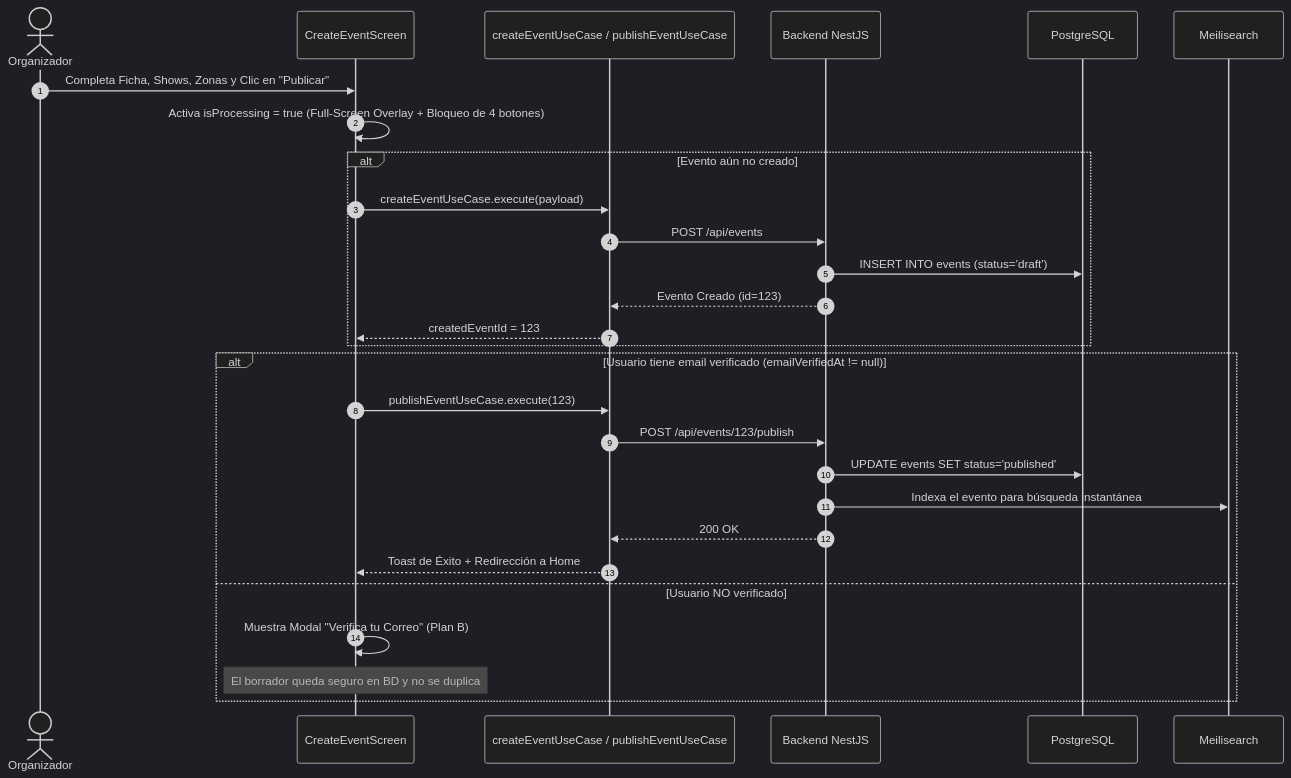
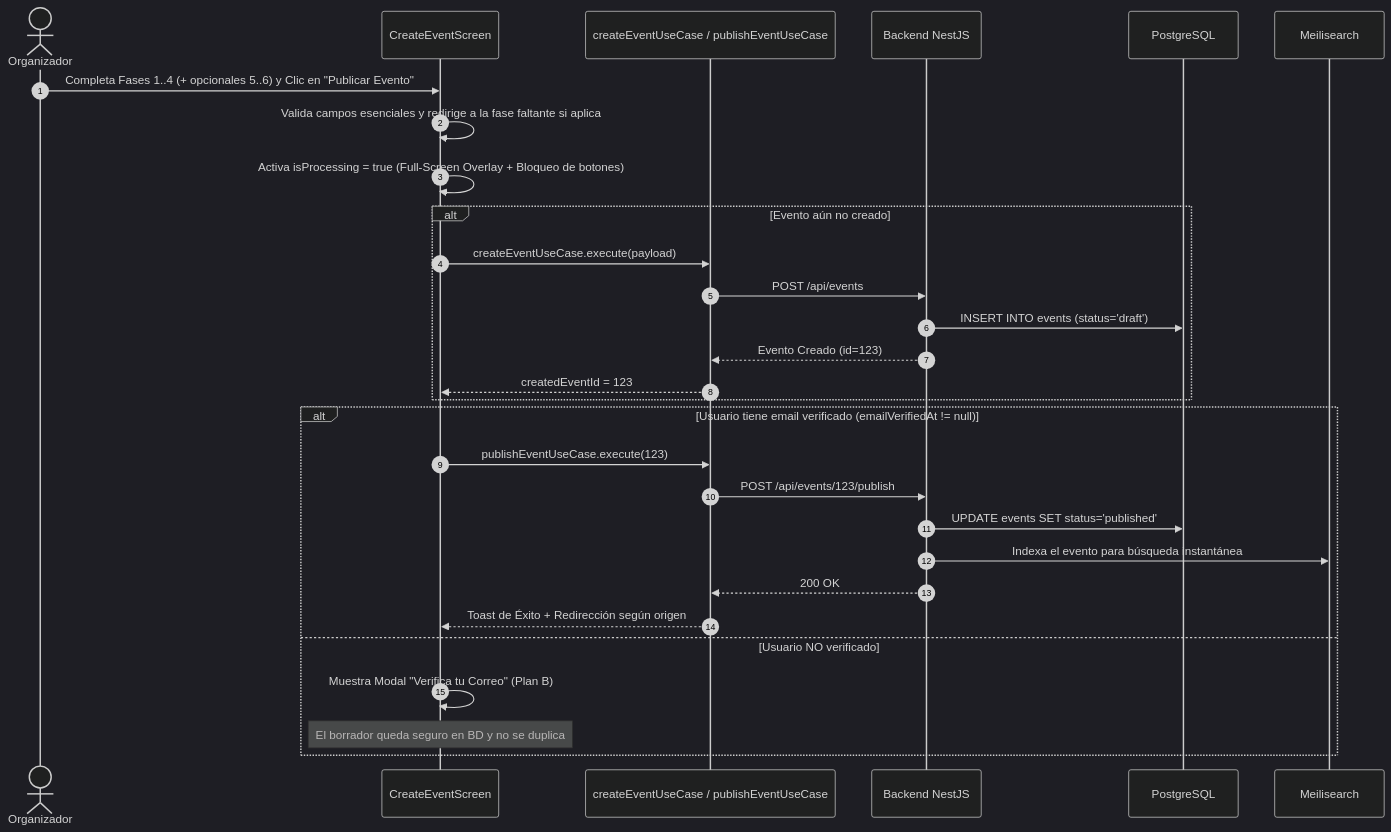
The second of 3 diagrams in .antigravity/workflows.md (alexisb1v1/queplaneshoy), drawn with Mermaid (dark theme) before and after one commit. The commit also changed other lines of this file and 39 other files, not shown here.

Commit message:
feat: add event management features, organizer screens, and architecture docs

````diff
--- a/.antigravity/workflows.md
+++ b/.antigravity/workflows.md
@@ -59,33 +64,34 @@
 ```mermaid
 sequenceDiagram
     autonumber
     actor Org as Organizador
     participant Screen as CreateEventScreen
     participant UseCase as createEventUseCase / publishEventUseCase
     participant API as Backend NestJS
     participant DB as PostgreSQL
     participant Meili as Meilisearch
 
-    Org->>Screen: Completa Ficha, Shows, Zonas y Clic en "Publicar"
-    Screen->>Screen: Activa isProcessing = true (Full-Screen Overlay + Bloqueo de 4 botones)
+    Org->>Screen: Completa Fases 1..4 (+ opcionales 5..6) y Clic en "Publicar Evento"
+    Screen->>Screen: Valida campos esenciales y redirige a la fase faltante si aplica
+    Screen->>Screen: Activa isProcessing = true (Full-Screen Overlay + Bloqueo de botones)
 
     alt Evento aún no creado
         Screen->>UseCase: createEventUseCase.execute(payload)
         UseCase->>API: POST /api/events
         API->>DB: INSERT INTO events (status='draft')
         API-->>UseCase: Evento Creado (id=123)
         UseCase-->>Screen: createdEventId = 123
     end
 
     alt Usuario tiene email verificado (emailVerifiedAt != null)
         Screen->>UseCase: publishEventUseCase.execute(123)
         UseCase->>API: POST /api/events/123/publish
         API->>DB: UPDATE events SET status='published'
         API->>Meili: Indexa el evento para búsqueda instantánea
         API-->>UseCase: 200 OK
-        UseCase-->>Screen: Toast de Éxito + Redirección a Home
+        UseCase-->>Screen: Toast de Éxito + Redirección según origen
     else Usuario NO verificado
         Screen->>Screen: Muestra Modal "Verifica tu Correo" (Plan B)
         Note over Screen: El borrador queda seguro en BD y no se duplica
     end
 ```
````
